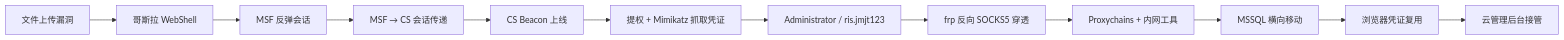
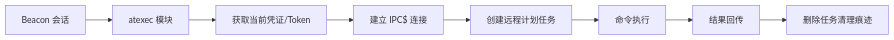
The first of 4 diagrams in pages/internal-network-pivoting-techniques.md (OpenDocCN1/sec-llm-wiki), drawn with Mermaid before and after one commit. The commit also changed other lines of this file and 4 other files, not shown here.

````diff
--- a/pages/internal-network-pivoting-techniques.md
+++ b/pages/internal-network-pivoting-techniques.md
@@ -507,14 +55,10 @@
 ```mermaid
 flowchart LR
-    A[文件上传漏洞] --> B[哥斯拉 WebShell]
-    B --> C[MSF 反弹会话]
-    C --> D[MSF → CS 会话传递]
-    D --> E[CS Beacon 上线]
-    E --> F[提权 + Mimikatz 抓取凭证]
-    F --> G[Administrator / ris.jmjt123]
-    G --> H[frp 反向 SOCKS5 穿透]
-    H --> I[Proxychains + 内网工具]
-    I --> J[MSSQL 横向移动]
-    J --> K[浏览器凭证复用]
-    K --> L[云管理后台接管]
+    A[Beacon 会话] --> B[atexec 模块]
+    B --> C[获取当前凭证/Token]
+    C --> D[建立 IPC$ 连接]
+    D --> E[创建远程计划任务]
+    E --> F[命令执行]
+    F --> G[结果回传]
+    G --> H[删除任务清理痕迹]
 ```
````
